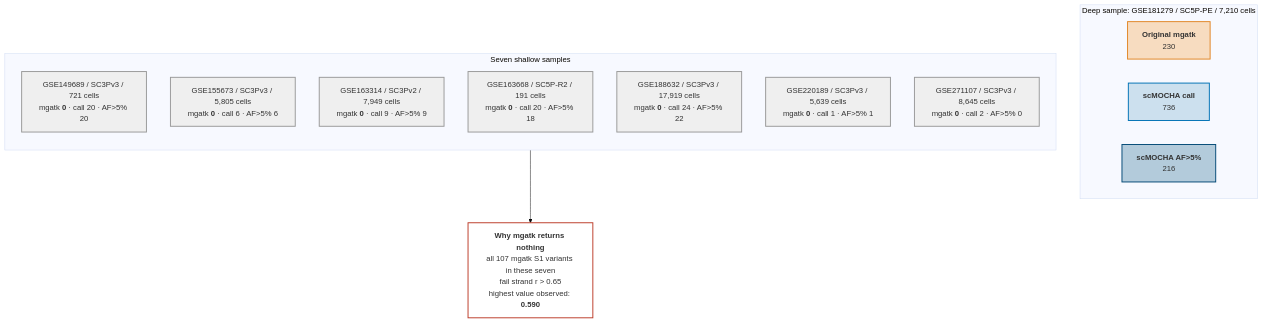
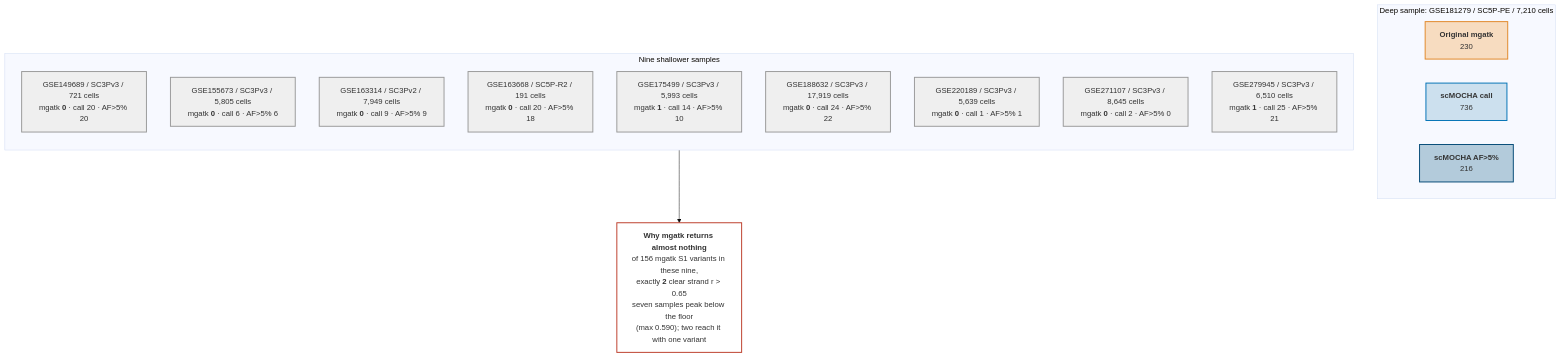
Before and after one commit to chunjie-sam-liu/scMOCHA-data: the first of 4 diagrams in newplots/compare-with-mgatk/DIAGRAM.md, drawn with Mermaid (base theme). The commit also changed other lines of this file and 16 other files, not shown here.

````diff
--- a/newplots/compare-with-mgatk/DIAGRAM.md
+++ b/newplots/compare-with-mgatk/DIAGRAM.md
@@ -15,36 +15,38 @@
 ```mermaid
 flowchart TB
     subgraph DEEP["Deep sample: GSE181279 / SC5P-PE / 7,210 cells"]
         direction LR
         D1["<b>Original mgatk</b><br/>230"]
         D2["<b>scMOCHA call</b><br/>736"]
         D3["<b>scMOCHA AF&gt;5%</b><br/>216"]
     end
 
-    subgraph SHALLOW["Seven shallow samples"]
+    subgraph SHALLOW["Nine shallower samples"]
         direction TB
         S1["GSE149689 / SC3Pv3 / 721 cells<br/>mgatk <b>0</b> &middot; call 20 &middot; AF&gt;5% 20"]
         S2["GSE155673 / SC3Pv3 / 5,805 cells<br/>mgatk <b>0</b> &middot; call 6 &middot; AF&gt;5% 6"]
         S3["GSE163314 / SC3Pv2 / 7,949 cells<br/>mgatk <b>0</b> &middot; call 9 &middot; AF&gt;5% 9"]
         S4["GSE163668 / SC5P-R2 / 191 cells<br/>mgatk <b>0</b> &middot; call 20 &middot; AF&gt;5% 18"]
-        S5["GSE188632 / SC3Pv3 / 17,919 cells<br/>mgatk <b>0</b> &middot; call 24 &middot; AF&gt;5% 22"]
-        S6["GSE220189 / SC3Pv3 / 5,639 cells<br/>mgatk <b>0</b> &middot; call 1 &middot; AF&gt;5% 1"]
-        S7["GSE271107 / SC3Pv3 / 8,645 cells<br/>mgatk <b>0</b> &middot; call 2 &middot; AF&gt;5% 0"]
+        S5["GSE175499 / SC3Pv3 / 5,993 cells<br/>mgatk <b>1</b> &middot; call 14 &middot; AF&gt;5% 10"]
+        S6["GSE188632 / SC3Pv3 / 17,919 cells<br/>mgatk <b>0</b> &middot; call 24 &middot; AF&gt;5% 22"]
+        S7["GSE220189 / SC3Pv3 / 5,639 cells<br/>mgatk <b>0</b> &middot; call 1 &middot; AF&gt;5% 1"]
+        S8["GSE271107 / SC3Pv3 / 8,645 cells<br/>mgatk <b>0</b> &middot; call 2 &middot; AF&gt;5% 0"]
+        S9["GSE279945 / SC3Pv3 / 6,510 cells<br/>mgatk <b>1</b> &middot; call 25 &middot; AF&gt;5% 21"]
     end
 
-    CAUSE["<b>Why mgatk returns nothing</b><br/>all 107 mgatk S1 variants in these seven<br/>fail strand r &gt; 0.65<br/>highest value observed: <b>0.590</b>"]
+    CAUSE["<b>Why mgatk returns almost nothing</b><br/>of 156 mgatk S1 variants in these nine,<br/>exactly <b>2</b> clear strand r &gt; 0.65<br/>seven samples peak below the floor<br/>(max 0.590); two reach it with one variant"]
 
     SHALLOW --> CAUSE
 
     classDef mg fill:#F7DCC0,stroke:#E18727,stroke-width:2px
     classDef sc fill:#CCE0EE,stroke:#0072B5,stroke-width:2px
     classDef sc5 fill:#B3CBDB,stroke:#044A77,stroke-width:2px
     classDef zero fill:#EFEFEF,stroke:#999,stroke-width:2px
     classDef cause fill:#FFFFFF,stroke:#BC3C29,stroke-width:2px
 
     class D1 mg
     class D2 sc
     class D3 sc5
-    class S1,S2,S3,S4,S5,S6,S7 zero
+    class S1,S2,S3,S4,S5,S6,S7,S8,S9 zero
     class CAUSE cause
 ```
````
